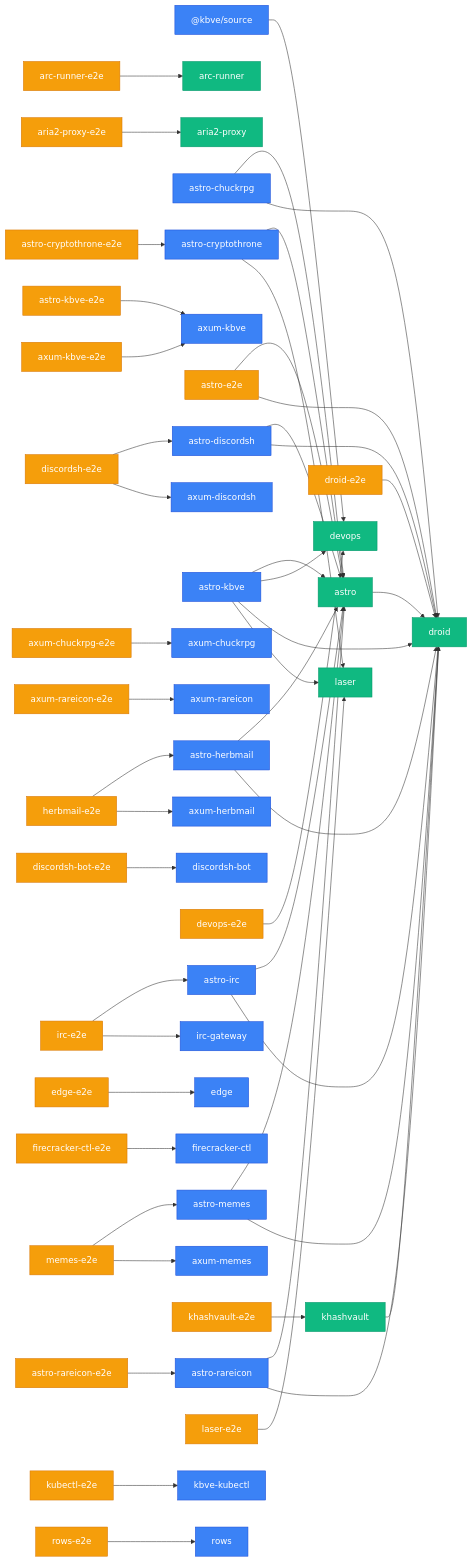
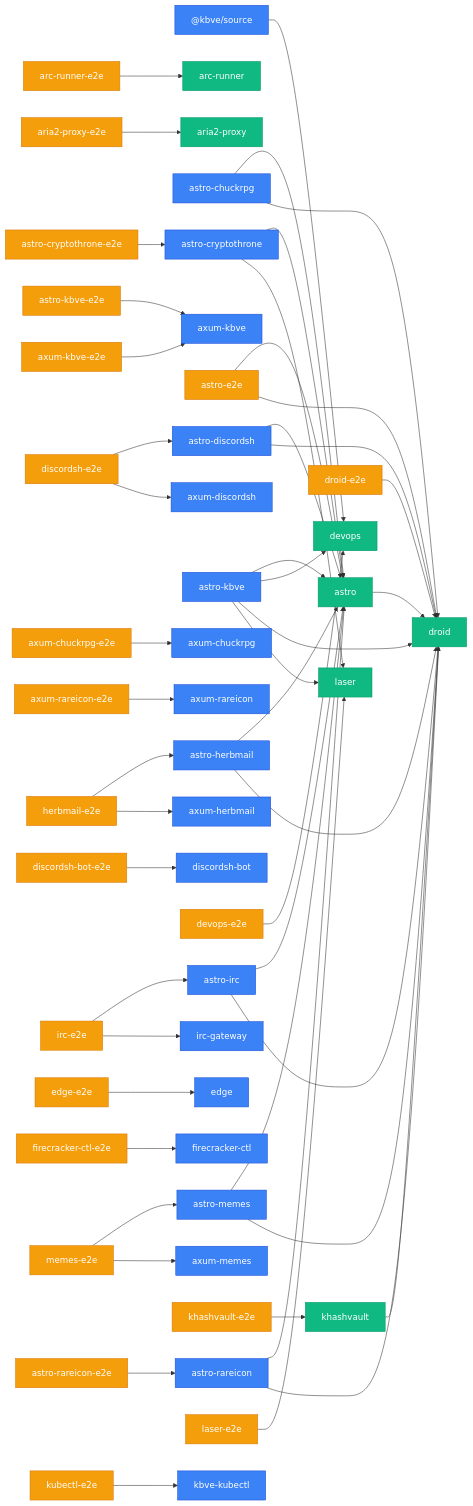
Before and after one commit to KBVE/kbve: the third of 3 diagrams in apps/kbve/astro-kbve/src/content/docs/dashboard/graph.mdx, drawn with Mermaid. The commit also changed other lines of this file and 8 other files, not shown here.

````diff
--- a/apps/kbve/astro-kbve/src/content/docs/dashboard/graph.mdx
+++ b/apps/kbve/astro-kbve/src/content/docs/dashboard/graph.mdx
@@ -79,57 +79,56 @@
 ```mermaid
 graph LR
     classDef app fill:#3b82f6,stroke:#1d4ed8,color:#fff
     classDef lib fill:#10b981,stroke:#059669,color:#fff
     classDef e2e fill:#f59e0b,stroke:#d97706,color:#fff
     _kbve_source["@kbve/source"] --> devops["devops"]
     arc_runner_e2e["arc-runner-e2e"] --> arc_runner["arc-runner"]
     aria2_proxy_e2e["aria2-proxy-e2e"] --> aria2_proxy["aria2-proxy"]
     astro["astro"] --> droid["droid"]
     astro_chuckrpg["astro-chuckrpg"] --> astro["astro"]
     astro_chuckrpg["astro-chuckrpg"] --> droid["droid"]
     astro_cryptothrone["astro-cryptothrone"] --> astro["astro"]
     astro_cryptothrone["astro-cryptothrone"] --> laser["laser"]
     astro_cryptothrone_e2e["astro-cryptothrone-e2e"] --> astro_cryptothrone["astro-cryptothrone"]
     astro_discordsh["astro-discordsh"] --> astro["astro"]
     astro_discordsh["astro-discordsh"] --> droid["droid"]
     astro_e2e["astro-e2e"] --> astro["astro"]
     astro_e2e["astro-e2e"] --> droid["droid"]
     astro_herbmail["astro-herbmail"] --> astro["astro"]
     astro_herbmail["astro-herbmail"] --> droid["droid"]
     astro_irc["astro-irc"] --> astro["astro"]
     astro_irc["astro-irc"] --> droid["droid"]
     astro_kbve["astro-kbve"] --> astro["astro"]
     astro_kbve["astro-kbve"] --> devops["devops"]
     astro_kbve["astro-kbve"] --> droid["droid"]
     astro_kbve["astro-kbve"] --> laser["laser"]
     astro_kbve_e2e["astro-kbve-e2e"] --> axum_kbve["axum-kbve"]
     astro_memes["astro-memes"] --> astro["astro"]
     astro_memes["astro-memes"] --> droid["droid"]
     astro_rareicon["astro-rareicon"] --> astro["astro"]
     astro_rareicon["astro-rareicon"] --> droid["droid"]
     astro_rareicon_e2e["astro-rareicon-e2e"] --> astro_rareicon["astro-rareicon"]
     axum_chuckrpg_e2e["axum-chuckrpg-e2e"] --> axum_chuckrpg["axum-chuckrpg"]
     axum_kbve_e2e["axum-kbve-e2e"] --> axum_kbve["axum-kbve"]
     axum_rareicon_e2e["axum-rareicon-e2e"] --> axum_rareicon["axum-rareicon"]
     devops_e2e["devops-e2e"] --> devops["devops"]
     discordsh_bot_e2e["discordsh-bot-e2e"] --> discordsh_bot["discordsh-bot"]
     discordsh_e2e["discordsh-e2e"] --> astro_discordsh["astro-discordsh"]
     discordsh_e2e["discordsh-e2e"] --> axum_discordsh["axum-discordsh"]
     droid_e2e["droid-e2e"] --> droid["droid"]
     edge_e2e["edge-e2e"] --> edge["edge"]
     firecracker_ctl_e2e["firecracker-ctl-e2e"] --> firecracker_ctl["firecracker-ctl"]
     herbmail_e2e["herbmail-e2e"] --> astro_herbmail["astro-herbmail"]
     herbmail_e2e["herbmail-e2e"] --> axum_herbmail["axum-herbmail"]
     irc_e2e["irc-e2e"] --> astro_irc["astro-irc"]
     irc_e2e["irc-e2e"] --> irc_gateway["irc-gateway"]
     khashvault["khashvault"] --> droid["droid"]
     khashvault_e2e["khashvault-e2e"] --> khashvault["khashvault"]
     kubectl_e2e["kubectl-e2e"] --> kbve_kubectl["kbve-kubectl"]
     laser_e2e["laser-e2e"] --> laser["laser"]
     memes_e2e["memes-e2e"] --> astro_memes["astro-memes"]
     memes_e2e["memes-e2e"] --> axum_memes["axum-memes"]
-    rows_e2e["rows-e2e"] --> rows["rows"]
-    class _kbve_source,agones_factorio,agones_factorio_relay,angelscript,astro_chuckrpg,astro_cryptothrone,astro_discordsh,astro_herbmail,astro_irc,astro_kbve,astro_memes,astro_rareicon,axum_chuckrpg,axum_cryptothrone,axum_discordsh,axum_herbmail,axum_kbve,axum_memes,axum_rareicon,cryptothrone,desktop_kbve,discordsh,discordsh_bot,edge,firecracker_ctl,herbmail,iot_edge_worker,irc,irc_gateway,isometric,kbve_kubectl,kbve_spider,kilobase,mc,mc_lobby,mc_velocity,memes,nd_server,nexus_defense,notification_bot,pydesk,rows,unity_rareicon,unreal_chuck app
-    class arc_runner,aria2_proxy,astro,bevy_battle,bevy_behavior,bevy_cam,bevy_chat,bevy_db,bevy_inventory,bevy_items,bevy_kbve_net,bevy_mapdb,bevy_npc,bevy_pathfinder,bevy_player,bevy_quests,bevy_skills,bevy_statemachine,bevy_supa,bevy_tasker,chisel_ubuntu_axum,data_proto,data_sql,devops,droid,erust,firecracker_node_web,firecracker_python_net,firecracker_python_web,holy,jedi,kasm_cloakbrowser,kasm_void,kbve,khashvault,laser,python_fudster,python_kbve,q,steamcmd_ubuntu,uniti lib
-    class arc_runner_e2e,aria2_proxy_e2e,astro_cryptothrone_e2e,astro_e2e,astro_kbve_e2e,astro_rareicon_e2e,axum_chuckrpg_e2e,axum_kbve_e2e,axum_rareicon_e2e,devops_e2e,discordsh_bot_e2e,discordsh_e2e,droid_e2e,edge_e2e,firecracker_ctl_e2e,herbmail_e2e,irc_e2e,khashvault_e2e,kubectl_e2e,laser_e2e,memes_e2e,rows_e2e e2e
+    class _kbve_source,agones_factorio,agones_factorio_relay,angelscript,astro_chuckrpg,astro_cryptothrone,astro_discordsh,astro_herbmail,astro_irc,astro_kbve,astro_memes,astro_rareicon,axum_chuckrpg,axum_cryptothrone,axum_discordsh,axum_herbmail,axum_kbve,axum_memes,axum_rareicon,cryptothrone,cryptothrone_server,desktop_kbve,discordsh,discordsh_bot,edge,firecracker_ctl,herbmail,iot_edge_worker,irc,irc_gateway,isometric,kbve_kubectl,kbve_spider,kilobase,mc,mc_lobby,mc_velocity,memes,nd_server,nexus_defense,notification_bot,pydesk,rows,unity_rareicon,unreal_chuck app
+    class arc_runner,aria2_proxy,astro,bevy_battle,bevy_behavior,bevy_cam,bevy_chat,bevy_db,bevy_inventory,bevy_items,bevy_kbve_net,bevy_mapdb,bevy_npc,bevy_pathfinder,bevy_player,bevy_quests,bevy_skills,bevy_statemachine,bevy_supa,bevy_tasker,chisel_ubuntu_axum,data_proto,data_sql,devops,droid,erust,firecracker_node_web,firecracker_python_net,firecracker_python_web,holy,jedi,kasm_cloakbrowser,kasm_void,kbve,khashvault,laser,python_fudster,python_kbve,q,simgrid,steamcmd_ubuntu,uniti lib
+    class arc_runner_e2e,aria2_proxy_e2e,astro_cryptothrone_e2e,astro_e2e,astro_kbve_e2e,astro_rareicon_e2e,axum_chuckrpg_e2e,axum_kbve_e2e,axum_rareicon_e2e,devops_e2e,discordsh_bot_e2e,discordsh_e2e,droid_e2e,edge_e2e,firecracker_ctl_e2e,herbmail_e2e,irc_e2e,khashvault_e2e,kubectl_e2e,laser_e2e,memes_e2e e2e
 ```
````
